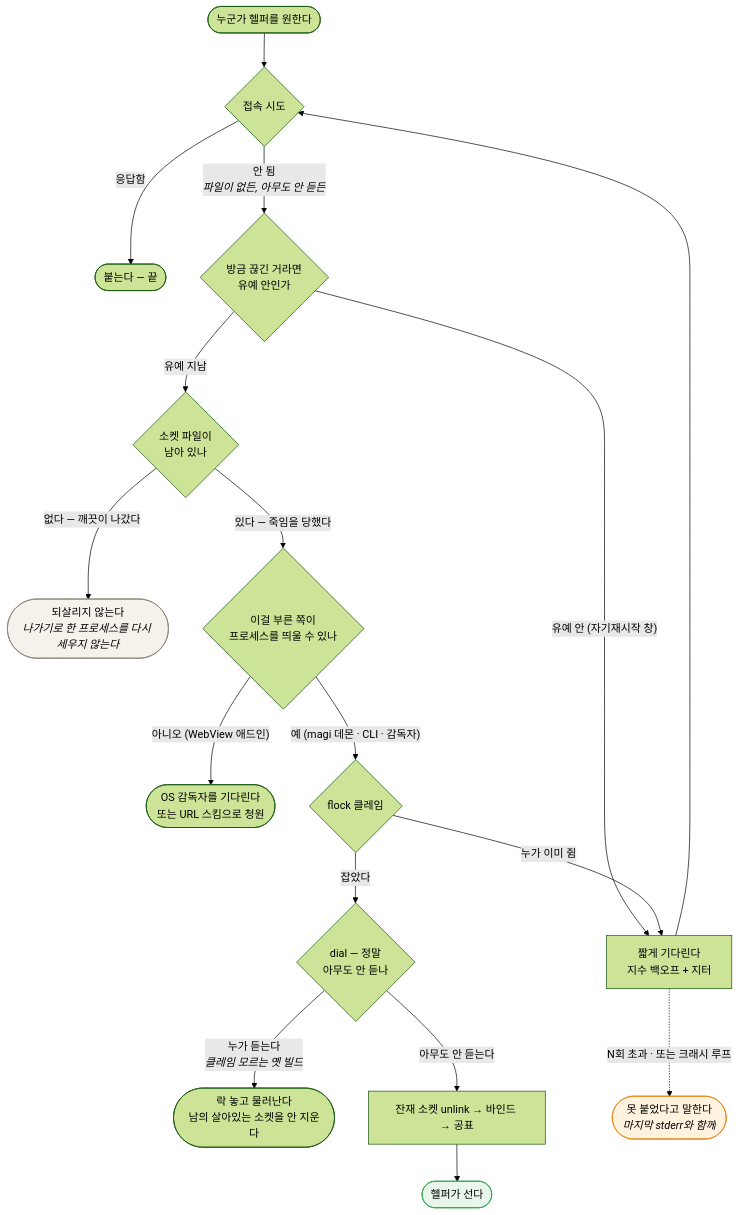
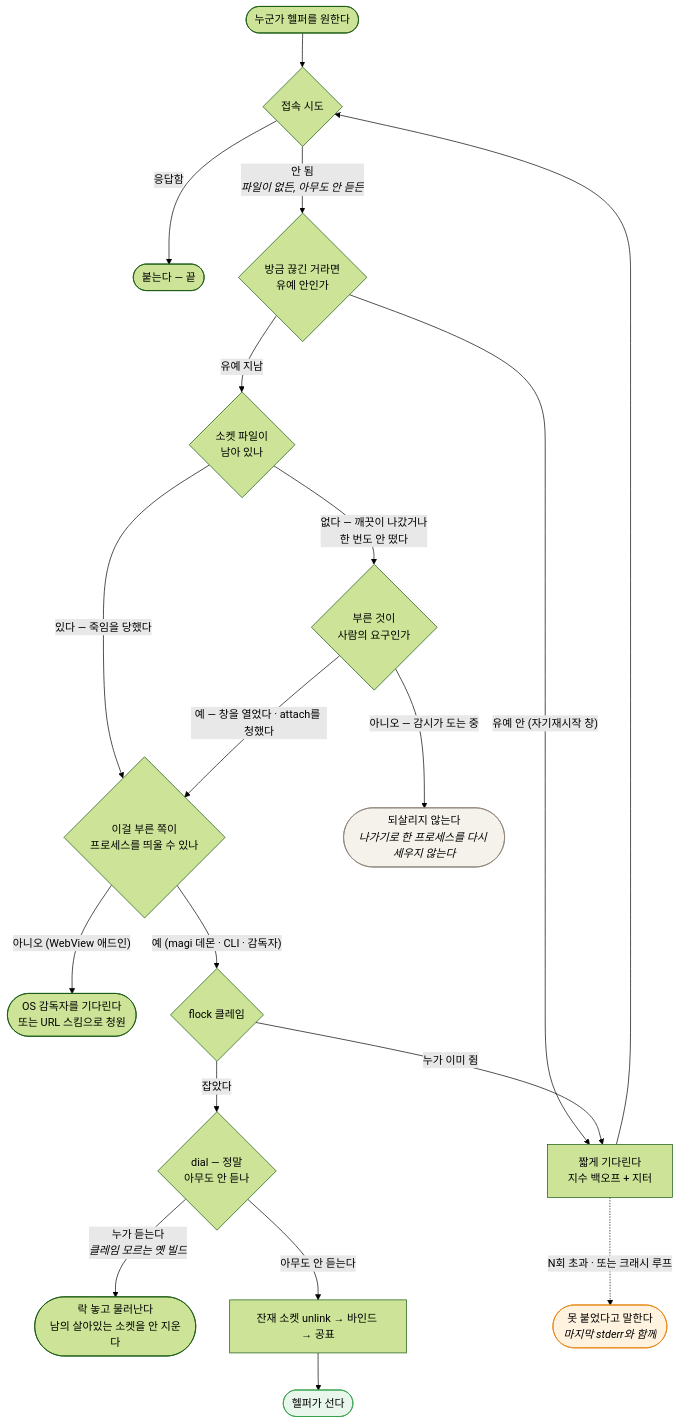
The second of 2 diagrams in clients/powerpoint/DESIGN.md (sayaya1090/magi), drawn with Mermaid (forest theme) before and after one commit. The commit also changed other lines of this file, not shown here.

````diff
--- a/clients/powerpoint/DESIGN.md
+++ b/clients/powerpoint/DESIGN.md
@@ -887,21 +887,23 @@
 ```mermaid
 flowchart TD
     S([누군가 헬퍼를 원한다]) --> C{접속 시도}
     C -->|응답함| OK([붙는다 — 끝])
     C -->|안 됨<br/><i>파일이 없든, 아무도 안 듣든</i>| G{"방금 끊긴 거라면<br/>유예 안인가"}
     G -->|"유예 안 (자기재시작 창)"| W
     G -->|유예 지남| ST{"소켓 파일이<br/>남아 있나"}
-    ST -->|"없다 — 깨끗이 나갔다"| Q([되살리지 않는다<br/><i>나가기로 한 프로세스를 다시 세우지 않는다</i>])
     ST -->|"있다 — 죽임을 당했다"| SP{"이걸 부른 쪽이<br/>프로세스를 띄울 수 있나"}
+    ST -->|"없다 — 깨끗이 나갔거나<br/>한 번도 안 떴다"| WHO{"부른 것이<br/>사람의 요구인가"}
+    WHO -->|"예 — 창을 열었다 · attach를 청했다"| SP
+    WHO -->|"아니오 — 감시가 도는 중"| Q([되살리지 않는다<br/><i>나가기로 한 프로세스를 다시 세우지 않는다</i>])
     SP -->|"아니오 (WebView 애드인)"| SUP([OS 감독자를 기다린다<br/>또는 URL 스킴으로 청원])
     SP -->|"예 (magi 데몬 · CLI · 감독자)"| L{flock 클레임}
     L -->|잡았다| PR{"dial — 정말<br/>아무도 안 듣나"}
     PR -->|"누가 듣는다<br/><i>클레임 모르는 옛 빌드</i>"| REL([락 놓고 물러난다<br/>남의 살아있는 소켓을 안 지운다])
     PR -->|아무도 안 듣는다| U["잔재 소켓 unlink → 바인드 → 공표"] --> ME([헬퍼가 선다])
     L -->|누가 이미 쥠| W["짧게 기다린다<br/>지수 백오프 + 지터"] --> C
     W -.->|N회 초과 · 또는 크래시 루프| F([못 붙었다고 말한다<br/><i>마지막 stderr와 함께</i>])
 
     style ME fill:#e8f6ec,stroke:#2f9e44
     style F fill:#fff3e0,stroke:#e8820c
     style Q fill:#f5f2ec,stroke:#8a8178
 ```
````
